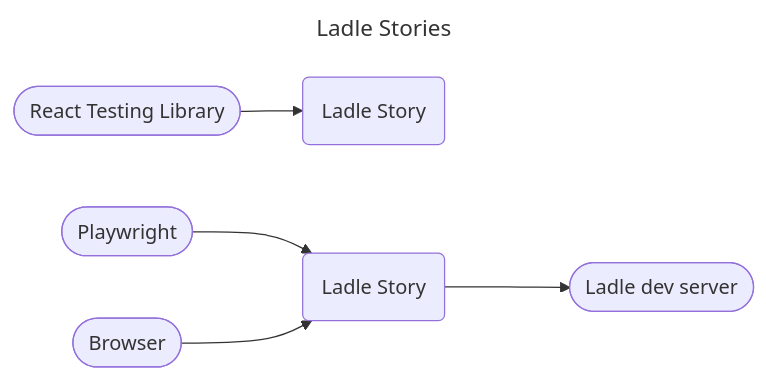
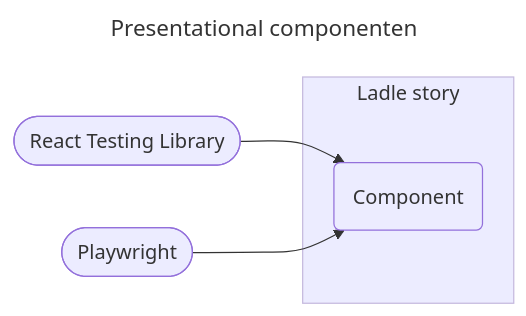
Before and after one commit to kiesraad/abacus: the first of 5 diagrams in documentatie/ontwikkelproces/test-tooling.md, drawn with Mermaid. The commit also changed other lines of this file, not shown here.

Commit message:
adds distinction between presentational and container components; simplifies things

````diff
--- a/documentatie/ontwikkelproces/test-tooling.md
+++ b/documentatie/ontwikkelproces/test-tooling.md
@@ -36,19 +30,18 @@
 ```mermaid
 ---
-title: Ladle Stories
+title: Presentational componenten
 ---
 flowchart LR
     rtl([React Testing Library])
-    ladle-story-1(Ladle Story)
-    ladle-story-2(Ladle Story)
+    playwright([Playwright])
+    component(Component)
 
-    playwright([Playwright])
-    browser([Browser])
-    ladle-dev-server([Ladle dev server])
+    subgraph ladle-story [Ladle story]
+        component
+    end
 
-    rtl --> ladle-story-1
+    style ladle-story fill:#ececff,stroke:#c5b9de
 
-    playwright --> ladle-story-2
-    browser --> ladle-story-2
-    ladle-story-2 ---> ladle-dev-server
+    rtl --> component
+    playwright --> component
 ```
````
